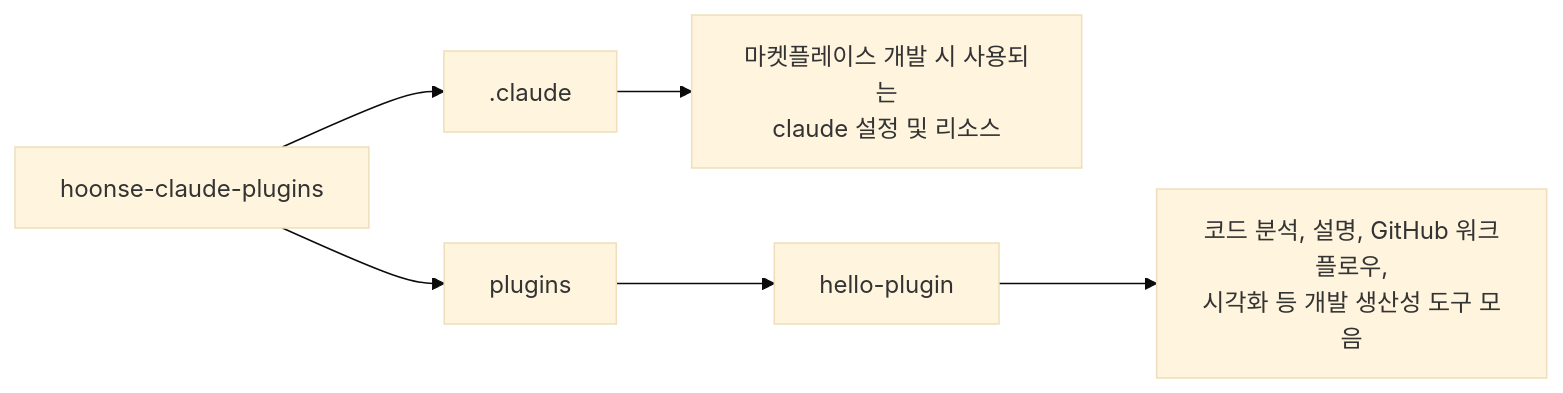
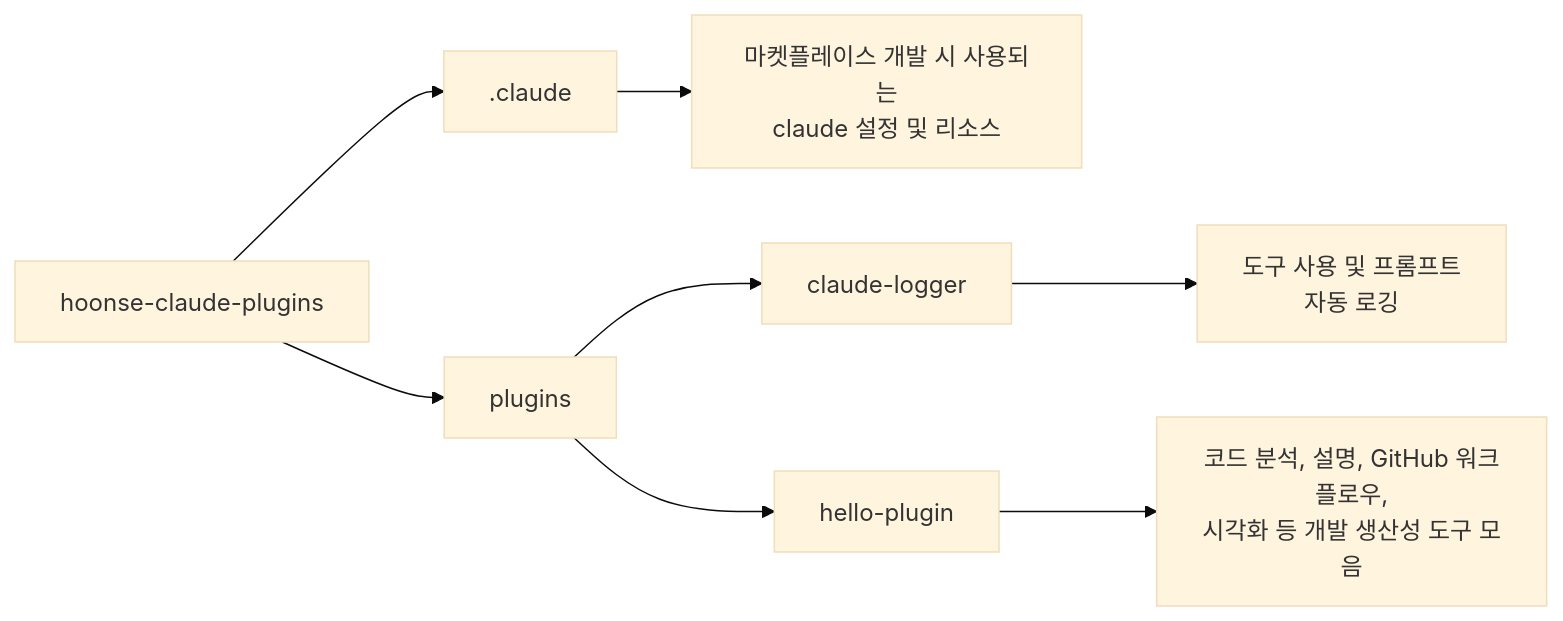
Before and after one commit to iamhoonse-dev/hoonse-claude-plugins: the diagram in README.md, drawn with Mermaid (base theme). The commit also changed other lines of this file and 10 other files, not shown here.

First line of the commit message:
feat(claude-logger): 로깅 전담 플러그인 생성 및 중복 hooks 통합

````diff
--- a/README.md
+++ b/README.md
@@ -7,8 +7,10 @@
 ```mermaid
 graph LR
     A[hoonse-claude-plugins] --> B[.claude]
     B --> B1[마켓플레이스 개발 시 사용되는<br/>claude 설정 및 리소스]
     A --> C[plugins]
-    C --> D[hello-plugin]
-    D --> D1[코드 분석, 설명, GitHub 워크플로우,<br/>시각화 등 개발 생산성 도구 모음]
+    C --> D[claude-logger]
+    D --> D1[도구 사용 및 프롬프트<br/>자동 로깅]
+    C --> E[hello-plugin]
+    E --> E1[코드 분석, 설명, GitHub 워크플로우,<br/>시각화 등 개발 생산성 도구 모음]
 ```
````
